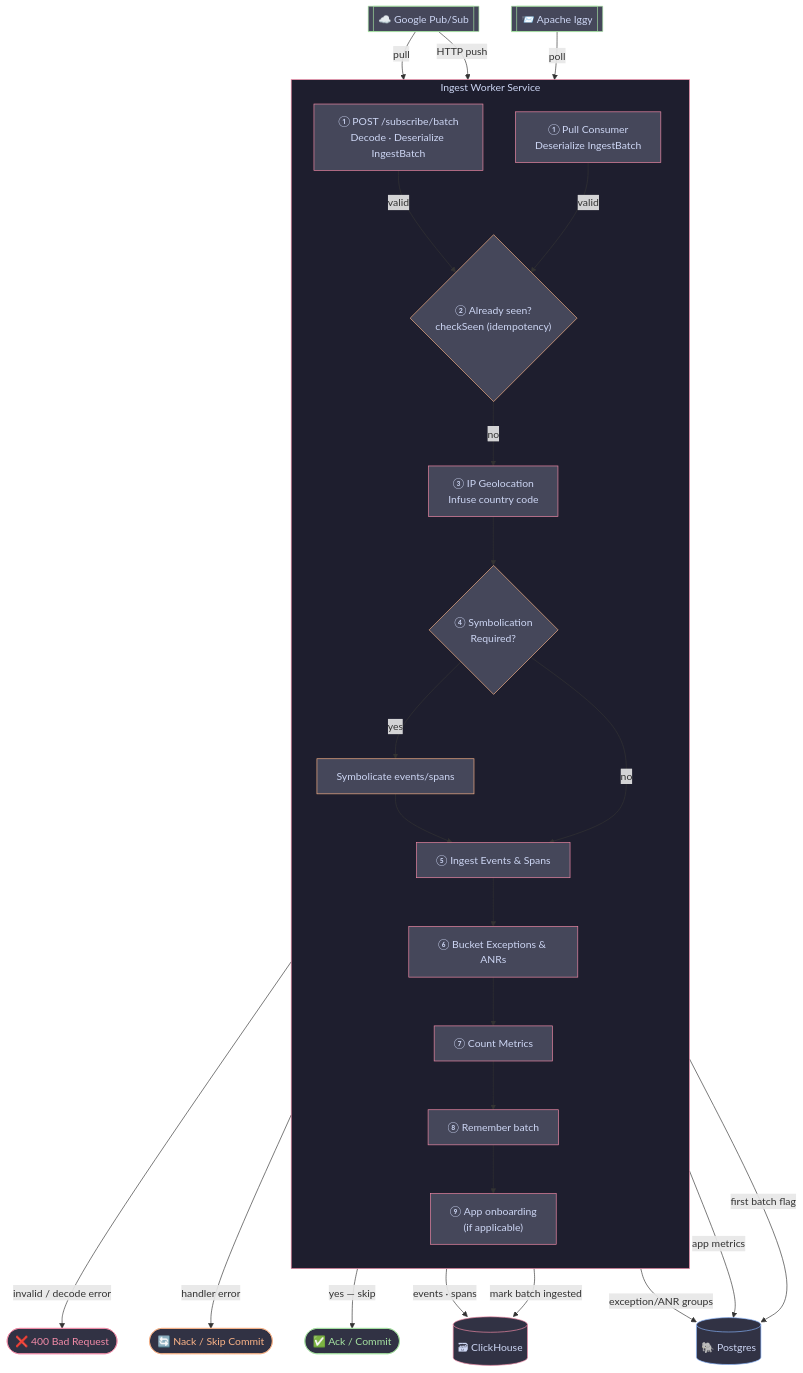
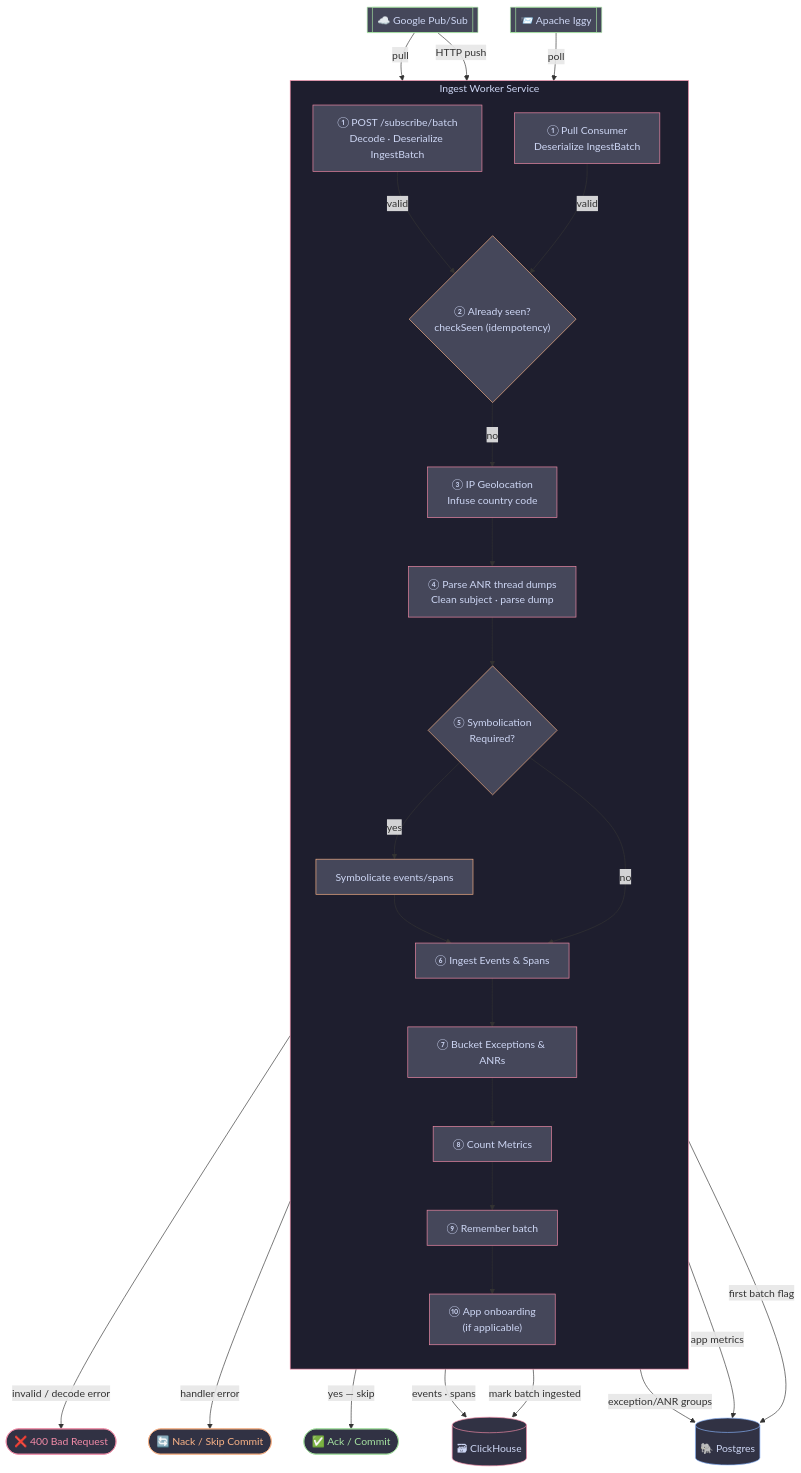
Before and after one commit to measure-sh/measure: the diagram in backend/ingest-worker/README.md, drawn with Mermaid. The commit also changed 36 other files, not shown here.

Commit message:
feat(backend): parse and group ANR thread dumps (#4542)

````diff
--- a/backend/ingest-worker/README.md
+++ b/backend/ingest-worker/README.md
@@ -12,66 +12,69 @@
 ```mermaid
 flowchart TD
     PS[["☁️ Google Pub/Sub"]]
     IG[["📨 Apache Iggy"]]
 
     subgraph WORKER["Ingest Worker Service"]
         direction TB
         PULL["① Pull Consumer<br/>Deserialize IngestBatch"]
         PUSH["① POST /subscribe/batch<br/>Decode · Deserialize IngestBatch"]
         SEEN{"② Already seen?<br/>checkSeen (idempotency)"}
         GEO["③ IP Geolocation<br/>Infuse country code"]
-        SYM{"④ Symbolication<br/>Required?"}
+        PARSE["④ Parse ANR thread dumps<br/>Clean subject · parse dump"]
+        SYM{"⑤ Symbolication<br/>Required?"}
         SYM_DO["Symbolicate events/spans"]
-        INGEST["⑤ Ingest Events & Spans"]
-        BUCKET["⑥ Bucket Exceptions & ANRs"]
-        METRICS["⑦ Count Metrics"]
-        REMEMBER["⑧ Remember batch"]
-        ONBOARD["⑨ App onboarding<br/>(if applicable)"]
+        INGEST["⑥ Ingest Events & Spans"]
+        BUCKET["⑦ Bucket Exceptions & ANRs"]
+        METRICS["⑧ Count Metrics"]
+        REMEMBER["⑨ Remember batch"]
+        ONBOARD["⑩ App onboarding<br/>(if applicable)"]
     end
 
     CH[("🗃 ClickHouse")]
     PG[("🐘 Postgres")]
 
     PS -->|"pull"| PULL
     PS -->|"HTTP push"| PUSH
     IG -->|"poll"| PULL
     PUSH -->|"invalid / decode error"| ERR(["❌ 400 Bad Request"])
     PUSH -->|"valid"| SEEN
     PULL -->|"handler error"| NACK(["🔄 Nack / Skip Commit"])
     PULL -->|"valid"| SEEN
     SEEN -->|"yes — skip"| ACK(["✅ Ack / Commit"])
     SEEN -->|"no"| GEO
-    GEO --> SYM
+    GEO --> PARSE
+    PARSE --> SYM
     SYM -->|"yes"| SYM_DO
     SYM_DO --> INGEST
     SYM -->|"no"| INGEST
     INGEST -->|"events · spans"| CH
     INGEST --> BUCKET
     BUCKET -->|"exception/ANR groups"| PG
     BUCKET --> METRICS
     METRICS -->|"app metrics"| PG
     METRICS --> REMEMBER
     REMEMBER -->|"mark batch ingested"| CH
     REMEMBER --> ONBOARD
     ONBOARD -->|"first batch flag"| PG
 
     style WORKER fill:#1e1e2e,stroke:#f38ba8,color:#cdd6f4
     style PS fill:#45475a,stroke:#a6e3a1,color:#cdd6f4
     style IG fill:#45475a,stroke:#a6e3a1,color:#cdd6f4
     style PULL fill:#45475a,stroke:#f38ba8,color:#cdd6f4
     style PUSH fill:#45475a,stroke:#f38ba8,color:#cdd6f4
     style SEEN fill:#45475a,stroke:#fab387,color:#cdd6f4
     style GEO fill:#45475a,stroke:#f38ba8,color:#cdd6f4
+    style PARSE fill:#45475a,stroke:#f38ba8,color:#cdd6f4
     style SYM fill:#45475a,stroke:#fab387,color:#cdd6f4
     style SYM_DO fill:#45475a,stroke:#fab387,color:#cdd6f4
     style INGEST fill:#45475a,stroke:#f38ba8,color:#cdd6f4
     style BUCKET fill:#45475a,stroke:#f38ba8,color:#cdd6f4
     style METRICS fill:#45475a,stroke:#f38ba8,color:#cdd6f4
     style REMEMBER fill:#45475a,stroke:#f38ba8,color:#cdd6f4
     style ONBOARD fill:#45475a,stroke:#f38ba8,color:#cdd6f4
     style CH fill:#313244,stroke:#f38ba8,color:#cdd6f4
     style PG fill:#313244,stroke:#89b4fa,color:#cdd6f4
     style ERR fill:#313244,stroke:#f38ba8,color:#f38ba8
     style ACK fill:#313244,stroke:#a6e3a1,color:#a6e3a1
     style NACK fill:#313244,stroke:#fab387,color:#fab387
 ```
````
